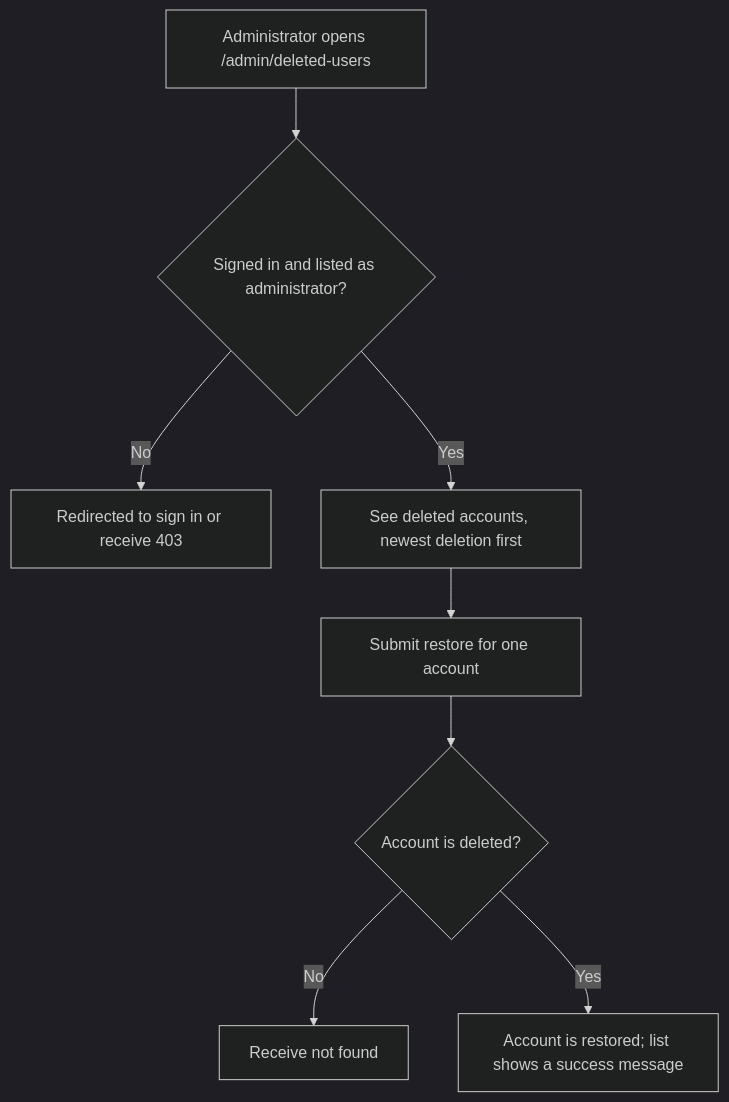
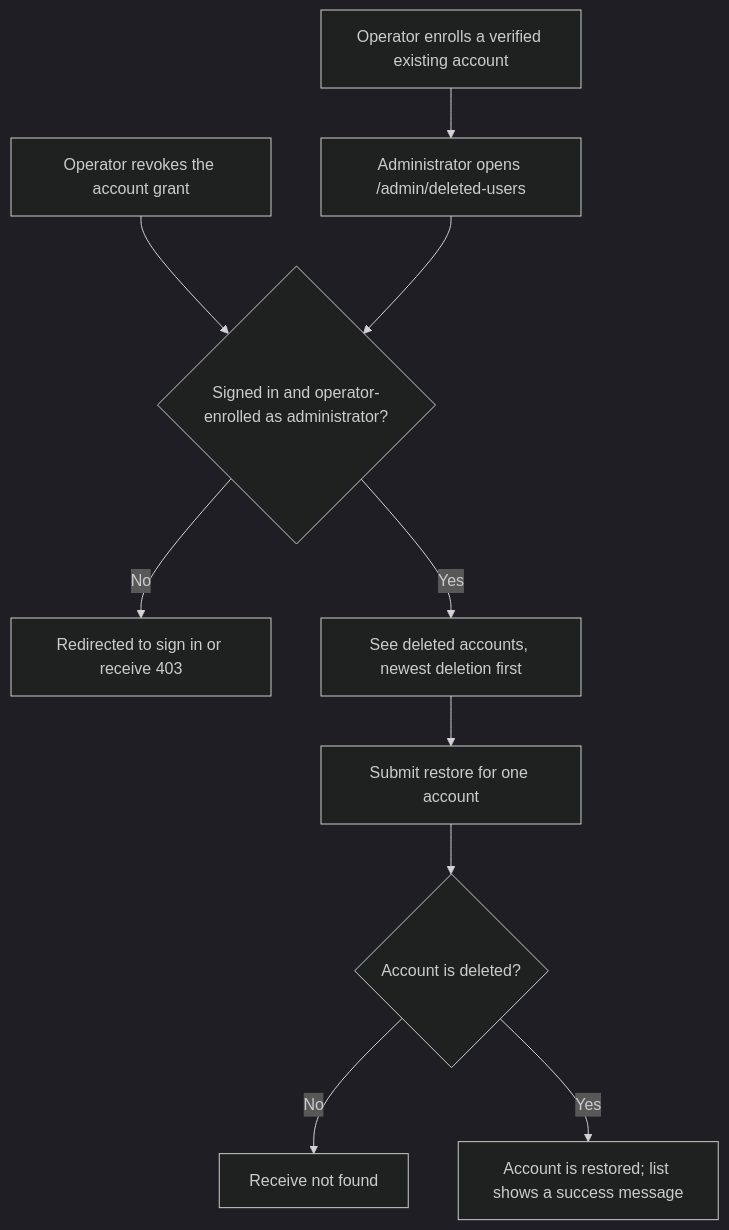
The first of 2 diagrams in user-stories/example-apps/us-demo-04-hypermedia-admin-restore.md (Kevinjohn/oss-adonisjs-lucid-soft-delete), drawn with Mermaid (dark theme) before and after one commit. The commit also changed other lines of this file and 10 other files, not shown here.

Commit message:
Align starter admin tests and stories with operator enrollment

````diff
--- a/user-stories/example-apps/us-demo-04-hypermedia-admin-restore.md
+++ b/user-stories/example-apps/us-demo-04-hypermedia-admin-restore.md
@@ -21,10 +21,12 @@
 ```mermaid
 flowchart TD
-    A["Administrator opens /admin/deleted-users"] --> B{"Signed in and listed as administrator?"}
+    O["Operator enrolls a verified existing account"] --> A
+    R["Operator revokes the account grant"] --> B
+    A["Administrator opens /admin/deleted-users"] --> B{"Signed in and operator-enrolled as administrator?"}
     B -->|No| C["Redirected to sign in or receive 403"]
     B -->|Yes| D["See deleted accounts, newest deletion first"]
     D --> E["Submit restore for one account"]
     E --> F{"Account is deleted?"}
     F -->|No| G["Receive not found"]
     F -->|Yes| H["Account is restored; list shows a success message"]
 ```
````
